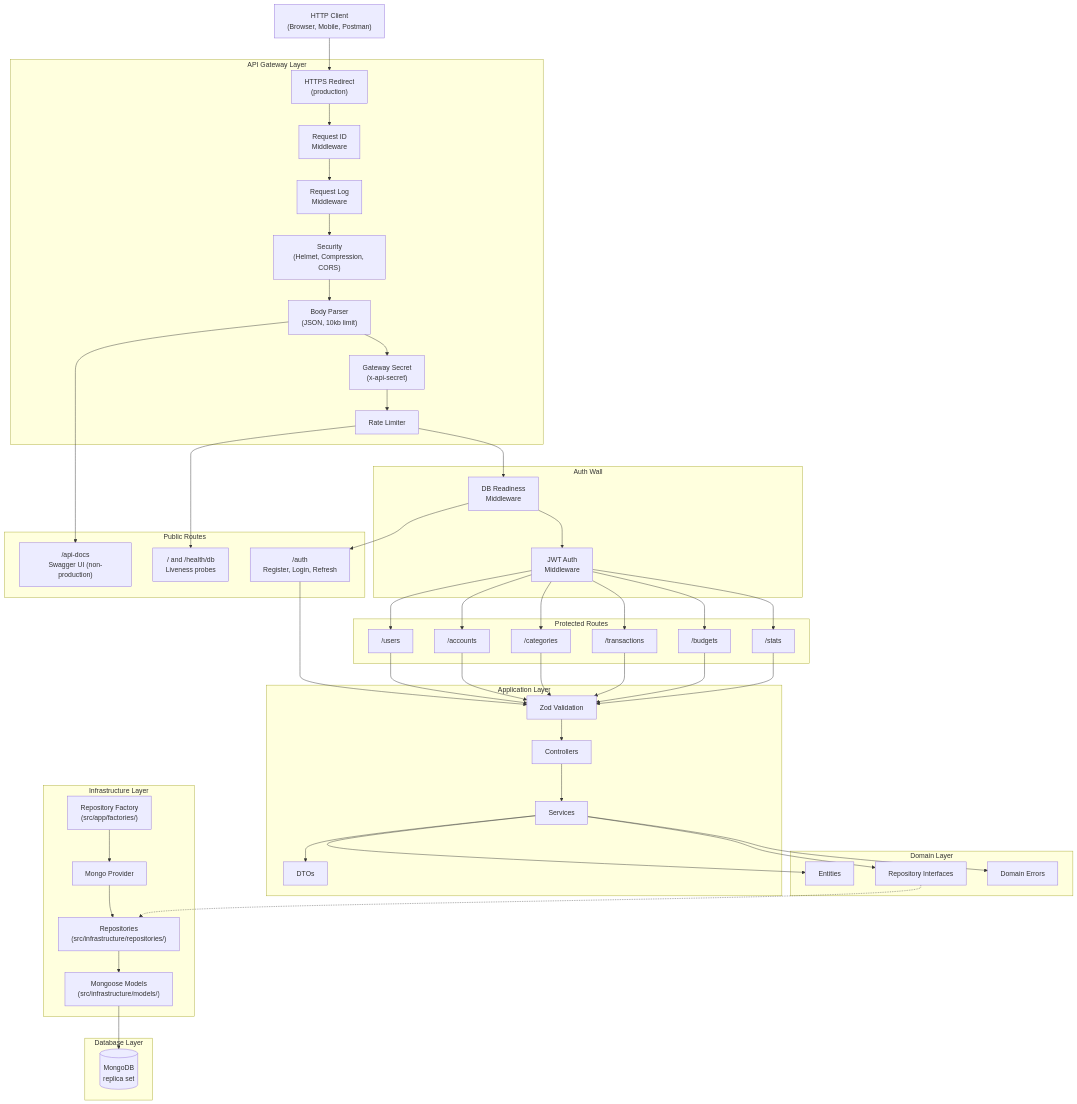
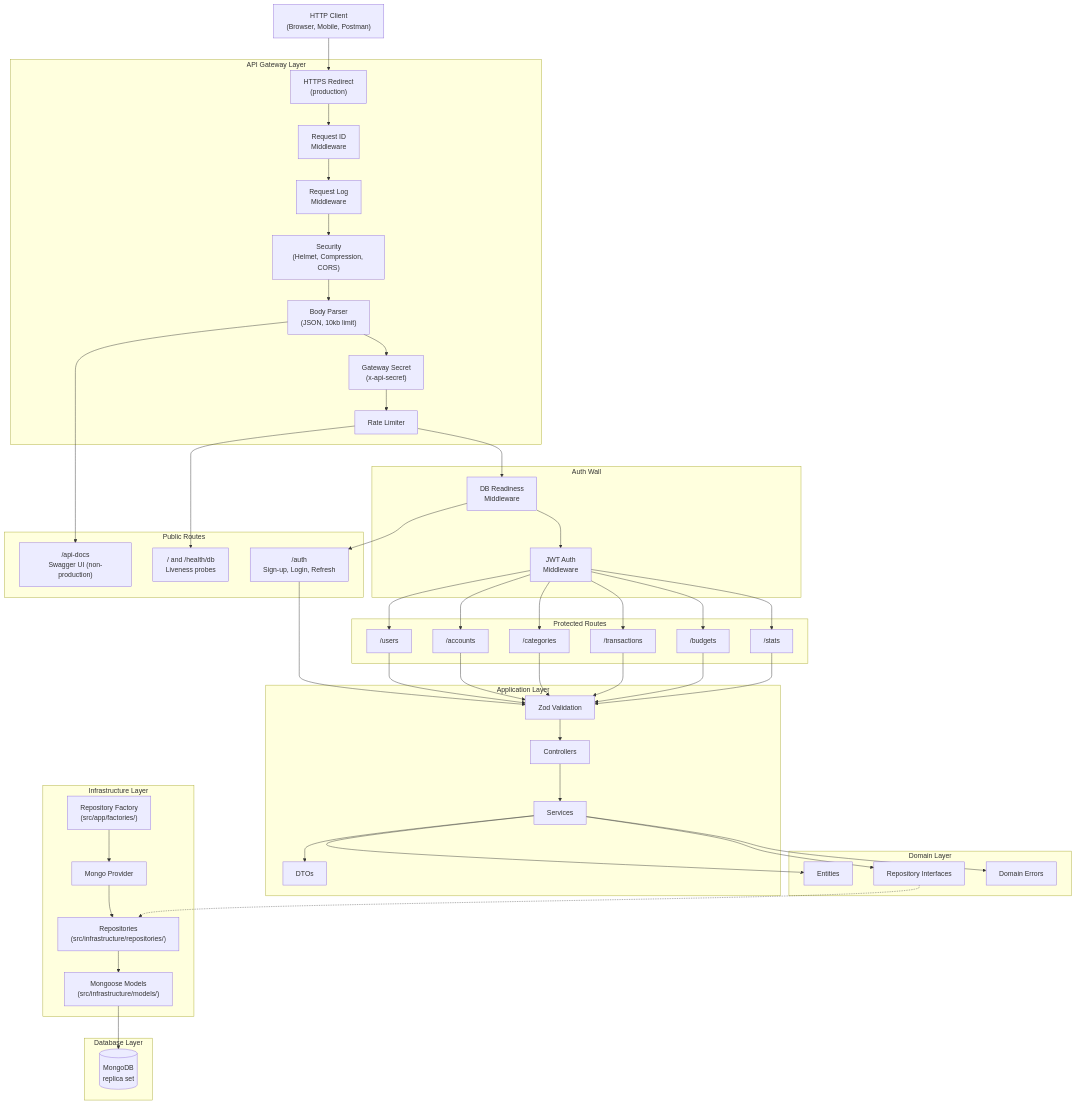
The diagram in docs/architecture/overview.md (alex16jpv/lag-money-manager), drawn with Mermaid before and after one commit. The commit also changed 53 other files, not shown here.

First line of the commit message:
feat(auth): remove the old POST /auth/register (T-248)

````diff
--- a/docs/architecture/overview.md
+++ b/docs/architecture/overview.md
@@ -9,77 +9,77 @@
 ```mermaid
 graph TB
     Client["HTTP Client<br/>(Browser, Mobile, Postman)"]
 
     subgraph "API Gateway Layer"
         HTTPS["HTTPS Redirect<br/>(production)"]
         RID["Request ID<br/>Middleware"]
         RLOG["Request Log<br/>Middleware"]
         SEC["Security<br/>(Helmet, Compression, CORS)"]
         BP["Body Parser<br/>(JSON, 10kb limit)"]
         GATE["Gateway Secret<br/>(x-api-secret)"]
         RL["Rate Limiter"]
     end
 
     subgraph "Public Routes"
         SWAGGER["/api-docs<br/>Swagger UI (non-production)"]
         PROBE["/ and /health/db<br/>Liveness probes"]
-        AUTH_R["/auth<br/>Register, Login, Refresh"]
+        AUTH_R["/auth<br/>Sign-up, Login, Refresh"]
     end
 
     subgraph "Auth Wall"
         DBR["DB Readiness<br/>Middleware"]
         AUTH_MW["JWT Auth<br/>Middleware"]
     end
 
     subgraph "Protected Routes"
         USER_R["/users"]
         ACCT_R["/accounts"]
         CAT_R["/categories"]
         TX_R["/transactions"]
         BUD_R["/budgets"]
         STAT_R["/stats"]
     end
 
     subgraph "Application Layer"
         CTRL["Controllers"]
         SVC["Services"]
         DTO["DTOs"]
         VAL["Zod Validation"]
     end
 
     subgraph "Domain Layer"
         ENT["Entities"]
         REPO_I["Repository Interfaces"]
         DERR["Domain Errors"]
     end
 
     subgraph "Infrastructure Layer"
         FACTORY["Repository Factory<br/>(src/app/factories/)"]
         MONGO_P["Mongo Provider"]
         MONGO_R["Repositories<br/>(src/infrastructure/repositories/)"]
         MODELS["Mongoose Models<br/>(src/infrastructure/models/)"]
     end
 
     subgraph "Database Layer"
         MONGODB[(MongoDB<br/>replica set)]
     end
 
     Client --> HTTPS --> RID --> RLOG --> SEC --> BP
     BP --> SWAGGER
     BP --> GATE --> RL
     RL --> PROBE
     RL --> DBR
     DBR --> AUTH_R
     DBR --> AUTH_MW
     AUTH_MW --> USER_R & ACCT_R & CAT_R & TX_R & BUD_R & STAT_R
 
     AUTH_R & USER_R & ACCT_R & CAT_R & TX_R & BUD_R & STAT_R --> VAL --> CTRL
     CTRL --> SVC
     SVC --> ENT & REPO_I & DTO & DERR
 
     FACTORY --> MONGO_P
     MONGO_P --> MONGO_R
     REPO_I -.-> MONGO_R
 
     MONGO_R --> MODELS --> MONGODB
 ```
````
